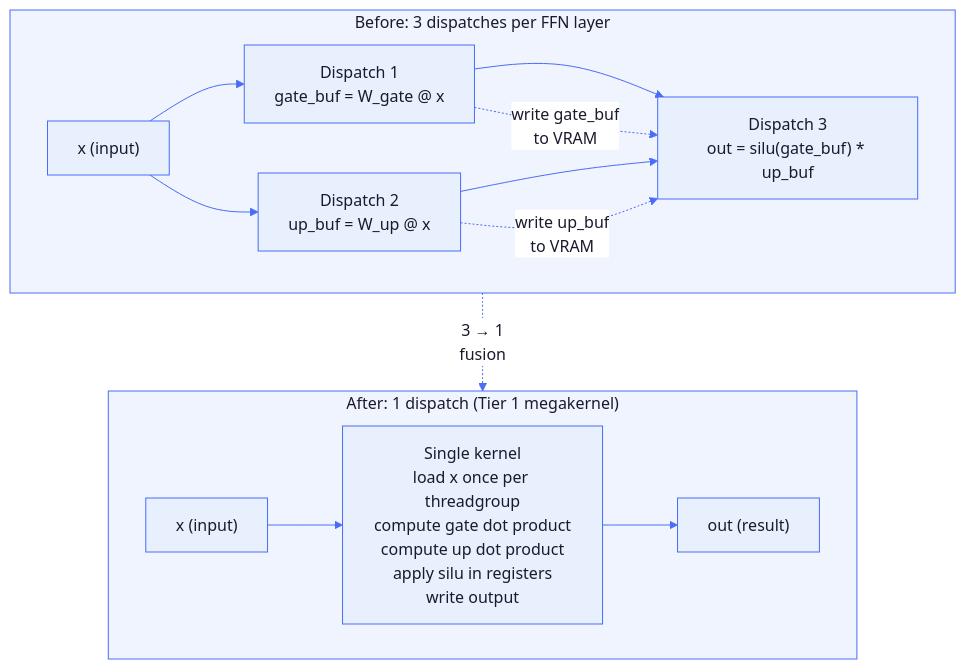
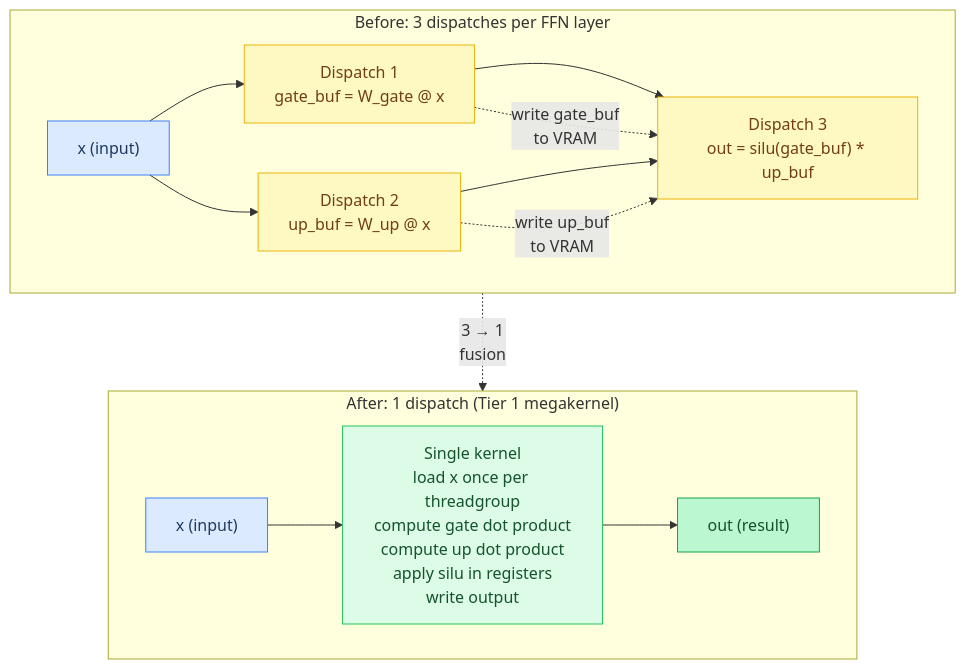
Before and after one commit to maci0/agave: the sixth of 8 diagrams in docs/tutorial/13-batched-dispatch-and-fusion.md, drawn with Mermaid. The commit also changed other lines of this file and 24 other files, not shown here.

First line of the commit message:
docs: convert all mermaid diagrams to classDef semantic colors

````diff
--- a/docs/tutorial/13-batched-dispatch-and-fusion.md
+++ b/docs/tutorial/13-batched-dispatch-and-fusion.md
@@ -597,34 +578,36 @@
 ```mermaid
-%%{init: {'theme': 'base', 'themeVariables': {
-  'primaryColor': '#e8f0fe',
-  'primaryTextColor': '#1a1a2e',
-  'primaryBorderColor': '#4a6cf7',
-  'lineColor': '#4a6cf7',
-  'secondaryColor': '#f0f4ff',
-  'tertiaryColor': '#f8f9ff',
-  'edgeLabelBackground': '#ffffff',
-  'clusterBkg': '#f0f4ff',
-  'clusterBorder': '#4a6cf7',
-  'titleColor': '#1a1a2e',
-  'nodeTextColor': '#1a1a2e',
-  'fontFamily': 'ui-monospace, SFMono-Regular, monospace'
-}}}%%
 flowchart TD
+    classDef setup     fill:#dbeafe,stroke:#3b82f6,color:#1e3a5f
+    classDef sync      fill:#dcfce7,stroke:#22c55e,color:#14532d
+    classDef migration fill:#fef9c3,stroke:#eab308,color:#713f12
+    classDef success   fill:#bbf7d0,stroke:#16a34a,color:#14532d
+    classDef danger    fill:#fee2e2,stroke:#ef4444,color:#7f1d1d
+    classDef optional  fill:#f3e8ff,stroke:#9333ea,color:#581c87
+
     subgraph Before["Before: 3 dispatches per FFN layer"]
         direction LR
-        X1["x (input)"] --> D1["Dispatch 1\ngate_buf = W_gate @ x"]
-        X1 --> D2["Dispatch 2\nup_buf = W_up @ x"]
-        D1 --> D3["Dispatch 3\nout = silu(gate_buf) * up_buf"]
+        X1["x (input)"]:::setup
+        D1["Dispatch 1\ngate_buf = W_gate @ x"]:::migration
+        D2["Dispatch 2\nup_buf = W_up @ x"]:::migration
+        D3["Dispatch 3\nout = silu(gate_buf) * up_buf"]:::migration
+
+        X1 --> D1
+        X1 --> D2
+        D1 --> D3
         D2 --> D3
         D1 -. "write gate_buf\nto VRAM" .-> D3
         D2 -. "write up_buf\nto VRAM" .-> D3
     end
 
     subgraph After["After: 1 dispatch (Tier 1 megakernel)"]
         direction LR
-        X2["x (input)"] --> MK["Single kernel\nload x once per threadgroup\ncompute gate dot product\ncompute up dot product\napply silu in registers\nwrite output"]
-        MK --> Out["out (result)"]
+        X2["x (input)"]:::setup
+        MK["Single kernel\nload x once per threadgroup\ncompute gate dot product\ncompute up dot product\napply silu in registers\nwrite output"]:::sync
+        Out["out (result)"]:::success
+
+        X2 --> MK
+        MK --> Out
     end
 
     Before -. "3 → 1\nfusion" .-> After
 ```
````
